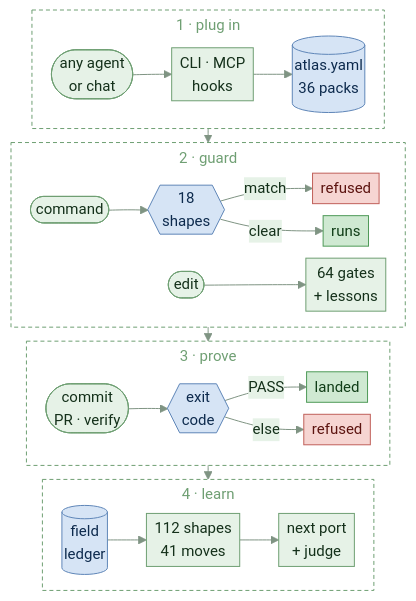
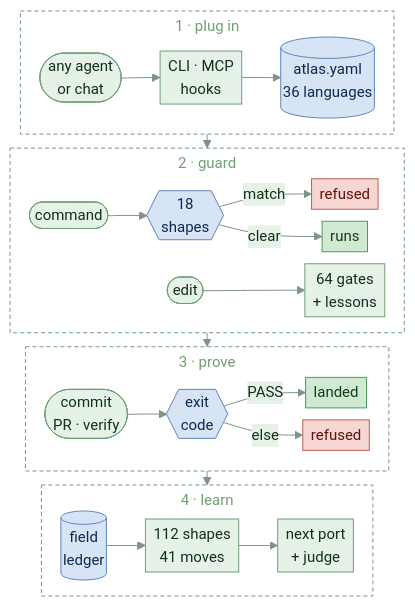
One commit to HLIntel/Headron changed the diagram in README.md. Above: the diagram before and after it, drawn with Mermaid. The commit also changed other lines of this file and 4 other files, not shown here.

````diff
--- a/README.md
+++ b/README.md
@@ -40,52 +40,52 @@
 ```mermaid
 ---
 config:
   theme: base
   themeVariables:
     primaryColor: "#e6f2e7"
     primaryBorderColor: "#6f9f73"
     primaryTextColor: "#14301a"
     lineColor: "#7f9483"
     titleColor: "#6f9f73"
     edgeLabelBackground: "#e6f2e7"
     fontSize: "15px"
   flowchart:
     subGraphTitleMargin: {top: 4, bottom: 6}
     padding: 4
     nodeSpacing: 12
     rankSpacing: 14
 ---
 flowchart TB
   accTitle: How Thea proves a change
   accDescr: any agent, chat or model plugs in, each file routes to its gates, hooks guard, the same gates prove at commit, in CI and in thea verify, anything but PASS is refused, every verdict is kept
   subgraph ask [1 · plug in]
     direction LR
-    A([any agent<br>or chat]) --> I[CLI · MCP<br>hooks] --> D[(atlas.yaml<br>36 packs)]
+    A([any agent<br>or chat]) --> I[CLI · MCP<br>hooks] --> D[(atlas.yaml<br>36 languages)]
   end
   subgraph guard [2 · guard]
     direction LR
     S([command]) --> W{{18<br>shapes}}
     W -->|match| Y[refused]
     W -->|clear| O[runs]
     E([edit]) --> L[64 gates<br>+ lessons]
   end
   subgraph run [3 · prove]
     direction LR
     H([commit<br>PR · verify]) --> V{{exit<br>code}}
     V -->|PASS| M[landed]
     V -->|else| X[refused]
   end
   subgraph learn [4 · learn]
     direction LR
     Q[(field<br>ledger)] --> F[112 shapes<br>41 moves] --> N[next port<br>+ judge]
   end
   ask --> guard --> run --> learn
   classDef band fill:none,stroke:#6f9f73,stroke-dasharray:4 3
   class ask,guard,run,learn band
   classDef stop fill:#f6d5d2,stroke:#c0605a,color:#5c1410
   classDef go fill:#cfe9d2,stroke:#4f9a58,color:#103d17
   classDef store fill:#d6e4f5,stroke:#5f86b8,color:#0d2a4d
   class X,Y stop
   class M,O go
   class D,Q,V,W store
 ```
````
